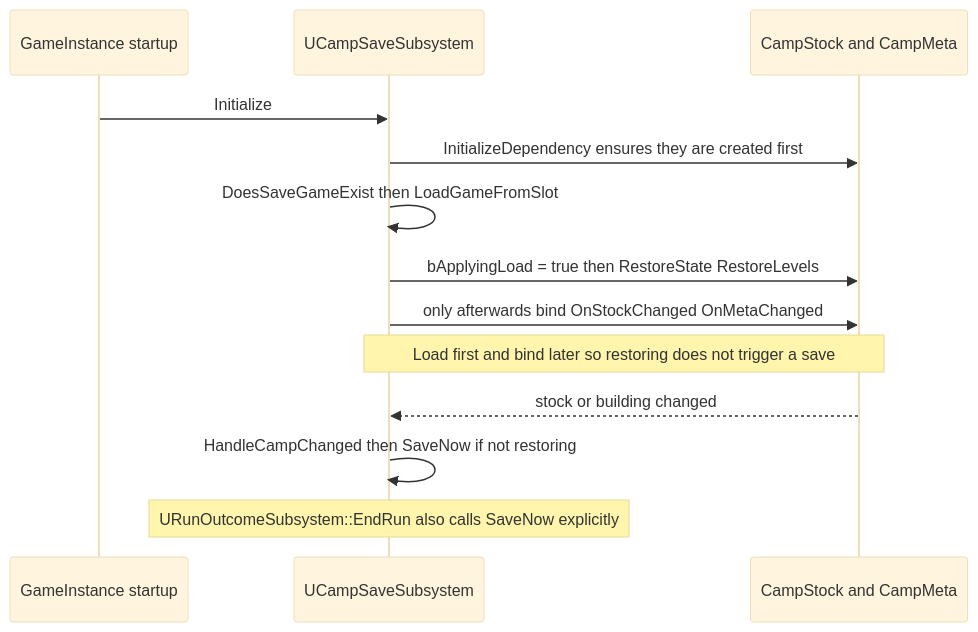
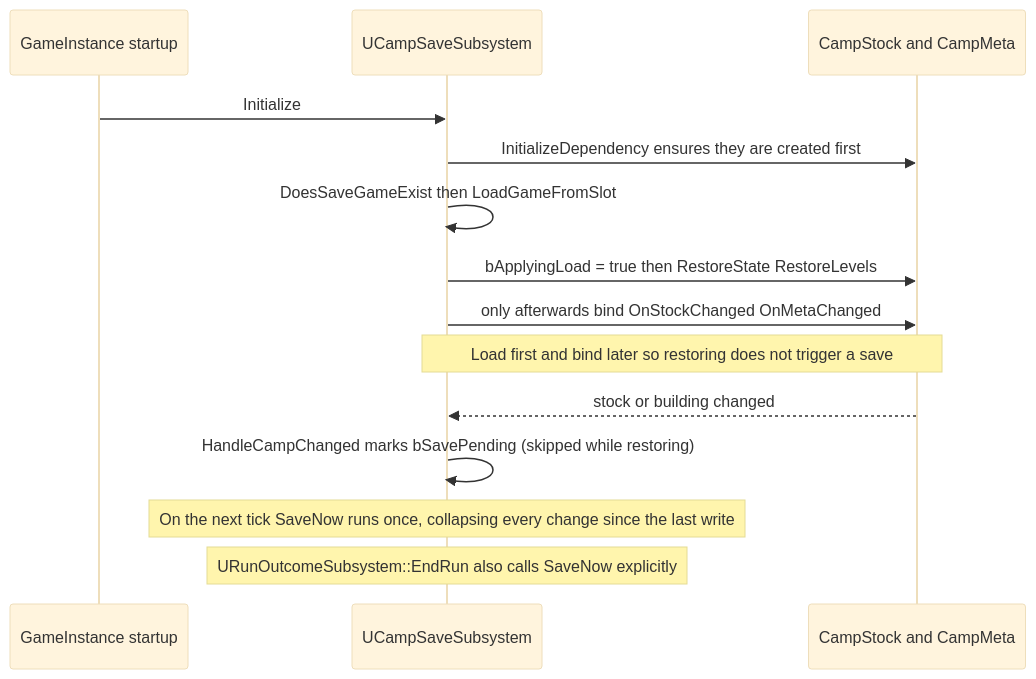
One commit to Huangyu-Shen/2026-epic-gamejam changed the diagram in docs/wiki/data-and-storage.md. Above: the diagram before and after it, drawn with Mermaid (base theme). The commit also changed other lines of this file and 22 other files, not shown here.

````diff
--- a/docs/wiki/data-and-storage.md
+++ b/docs/wiki/data-and-storage.md
@@ -42,15 +42,16 @@
 ```mermaid
 sequenceDiagram
   participant G as GameInstance startup
   participant V as UCampSaveSubsystem
   participant S as CampStock and CampMeta
   G->>V: Initialize
   V->>S: InitializeDependency ensures they are created first
   V->>V: DoesSaveGameExist then LoadGameFromSlot
   V->>S: bApplyingLoad = true then RestoreState RestoreLevels
   V->>S: only afterwards bind OnStockChanged OnMetaChanged
   Note over V,S: Load first and bind later so restoring does not trigger a save
   S-->>V: stock or building changed
-  V->>V: HandleCampChanged then SaveNow if not restoring
+  V->>V: HandleCampChanged marks bSavePending (skipped while restoring)
+  Note over V: On the next tick SaveNow runs once, collapsing every change since the last write
   Note over V: URunOutcomeSubsystem::EndRun also calls SaveNow explicitly
 ```
````
